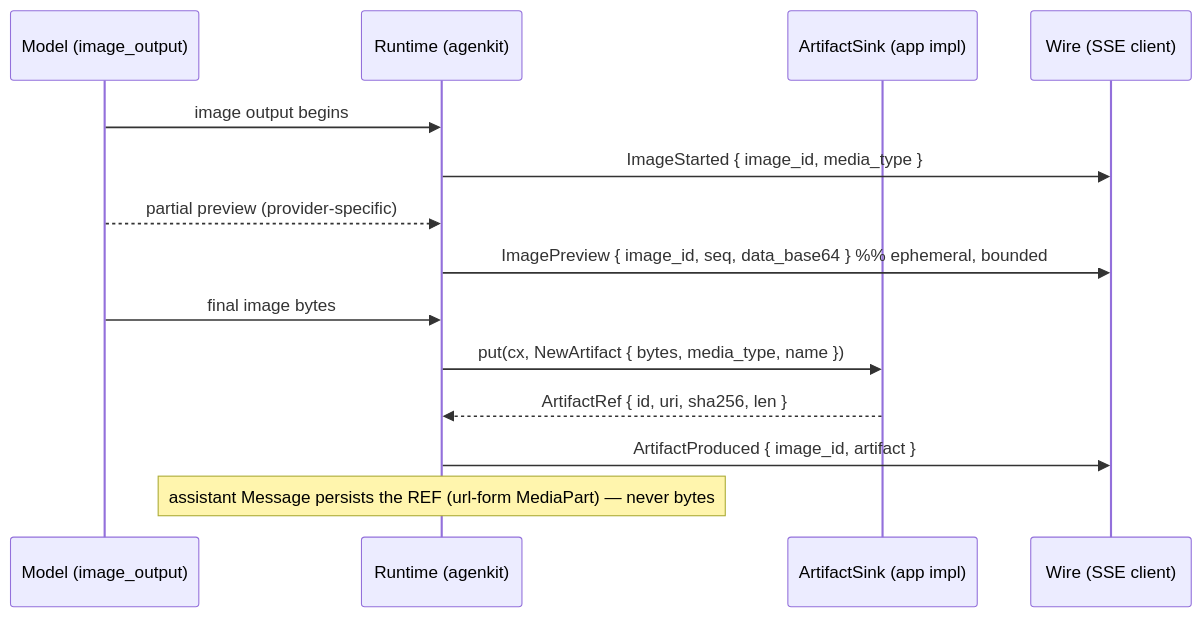
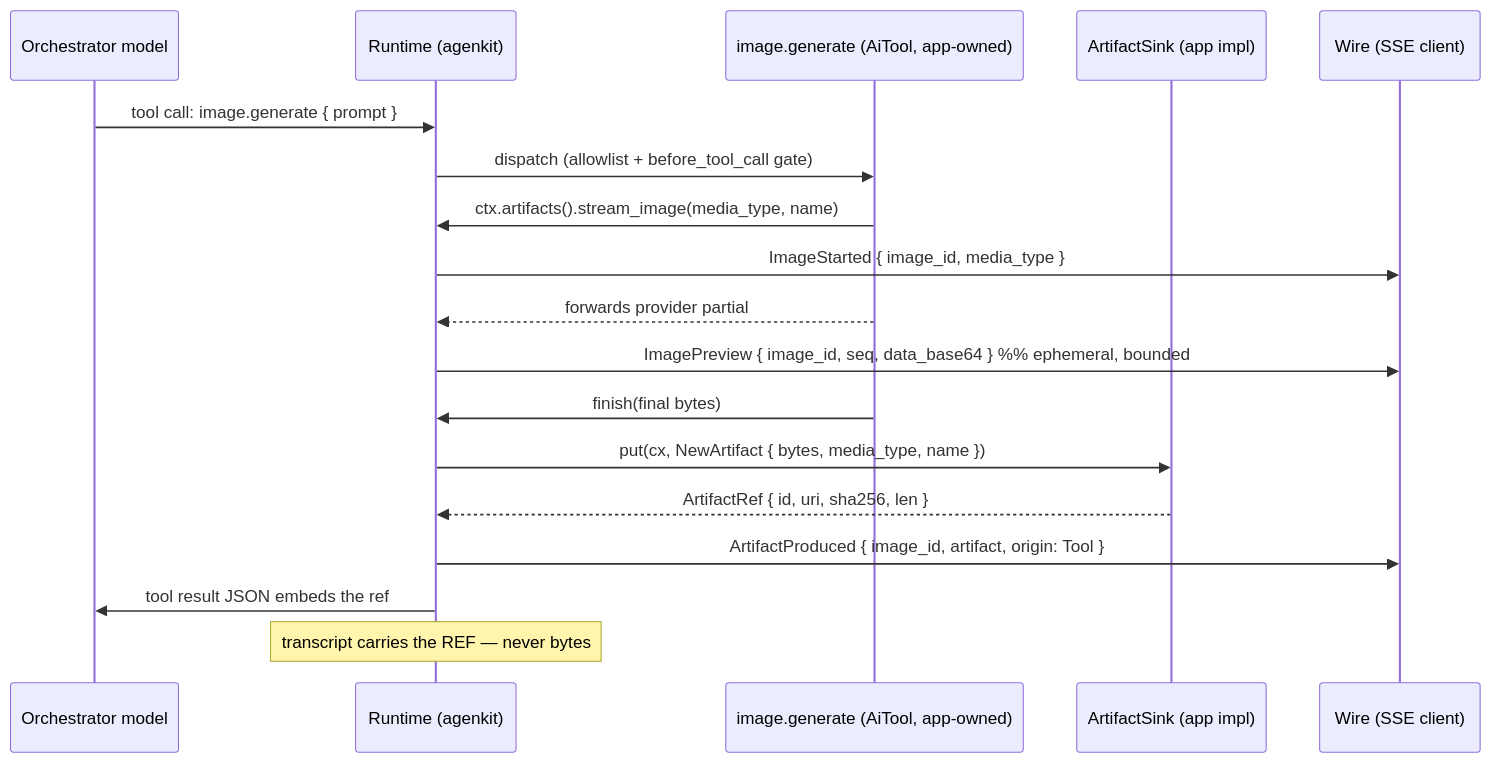
One commit to mambisi/pocopine changed the diagram in rfcs/rfc-122-artifact-capture-image-output.md. Above: the diagram before and after it, drawn with Mermaid. The commit also changed other lines of this file, not shown here.

Commit message:
docs(rfcs): RFC-122 rev — image generation is tool-primary, model-native demoted to backstop

````diff
--- a/rfcs/rfc-122-artifact-capture-image-output.md
+++ b/rfcs/rfc-122-artifact-capture-image-output.md
@@ -93,17 +97,21 @@
 ```mermaid
 sequenceDiagram
-    participant M as Model (image_output)
+    participant M as Orchestrator model
     participant R as Runtime (agenkit)
+    participant T as image.generate (AiTool, app-owned)
     participant S as ArtifactSink (app impl)
     participant W as Wire (SSE client)
 
-    M->>R: image output begins
+    M->>R: tool call: image.generate { prompt }
+    R->>T: dispatch (allowlist + before_tool_call gate)
+    T->>R: ctx.artifacts().stream_image(media_type, name)
     R->>W: ImageStarted { image_id, media_type }
-    M-->>R: partial preview (provider-specific)
+    T-->>R: forwards provider partial
     R->>W: ImagePreview { image_id, seq, data_base64 }  %% ephemeral, bounded
-    M->>R: final image bytes
+    T->>R: finish(final bytes)
     R->>S: put(cx, NewArtifact { bytes, media_type, name })
     S-->>R: ArtifactRef { id, uri, sha256, len }
-    R->>W: ArtifactProduced { image_id, artifact }
-    Note over R: assistant Message persists the REF (url-form MediaPart) — never bytes
+    R->>W: ArtifactProduced { image_id, artifact, origin: Tool }
+    R->>M: tool result JSON embeds the ref
+    Note over R: transcript carries the REF — never bytes
 ```
````
